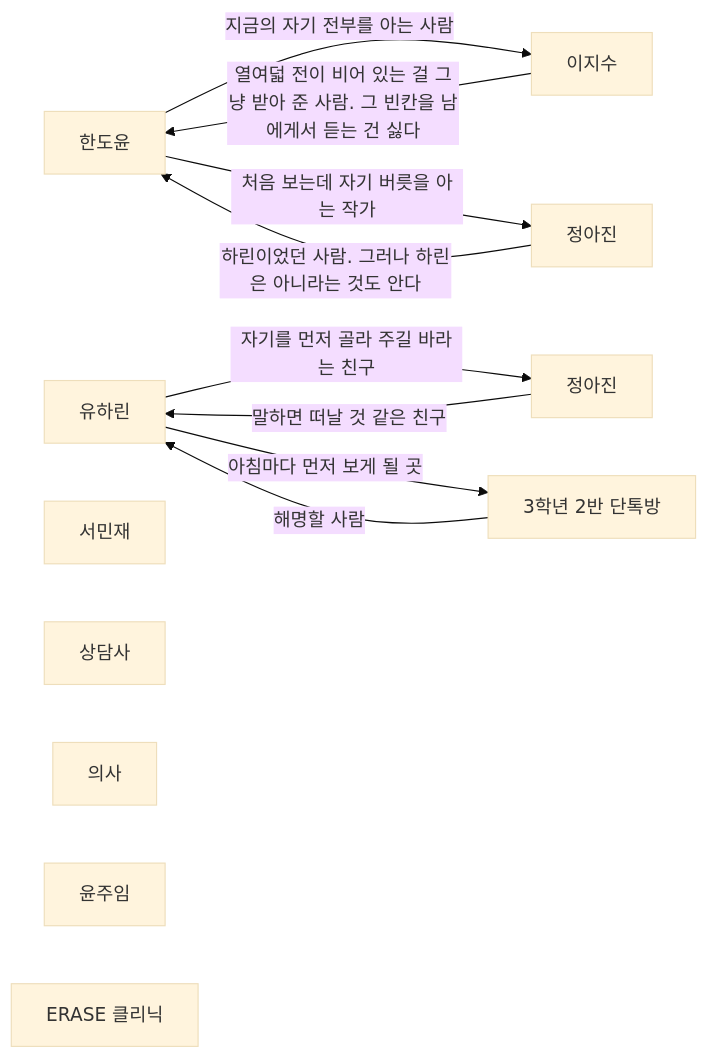
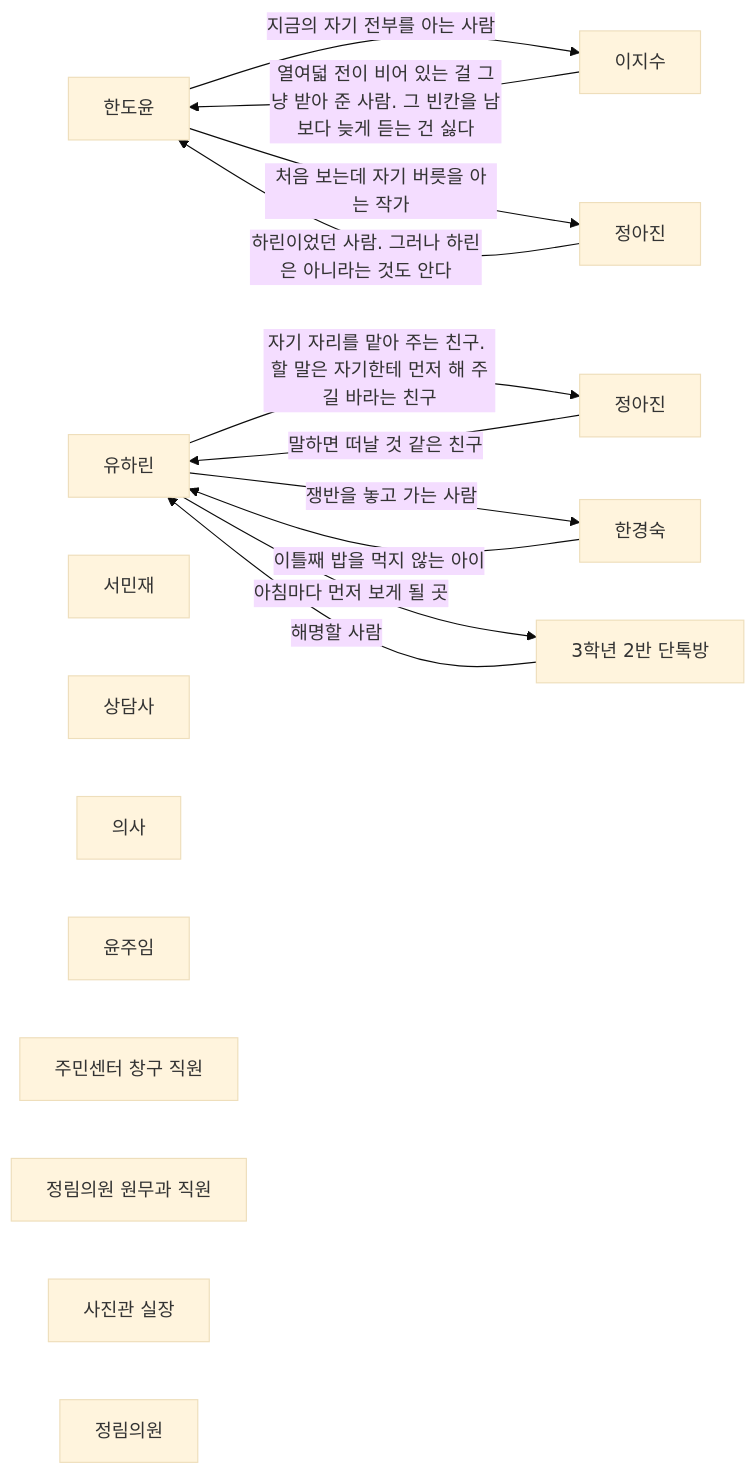
One commit to uiwwsw/yavn changed the third of 4 diagrams in docs/narrative/relationships.ko.md. Above: the diagram before and after it, drawn with Mermaid (base theme). The commit also changed other lines of this file and 97 other files, not shown here.

````diff
--- a/docs/narrative/relationships.ko.md
+++ b/docs/narrative/relationships.ko.md
@@ -101,22 +104,28 @@
 ```mermaid
 graph LR
   p0["한도윤"]
   p1["이지수"]
   p2["정아진"]
   p3["유하린"]
   p4["정아진"]
   p5["서민재"]
-  p6["3학년 2반 단톡방"]
-  p7["상담사"]
-  p8["의사"]
-  p9["윤주임"]
-  p10["ERASE 클리닉"]
+  p6["한경숙"]
+  p7["3학년 2반 단톡방"]
+  p8["상담사"]
+  p9["의사"]
+  p10["윤주임"]
+  p11["주민센터 창구 직원"]
+  p12["정림의원 원무과 직원"]
+  p13["사진관 실장"]
+  p14["정림의원"]
   p0 -->|"지금의 자기 전부를 아는 사람"| p1
-  p1 -->|"열여덟 전이 비어 있는 걸 그냥 받아 준 사람. 그 빈칸을 남에게서 듣는 건 싫다"| p0
+  p1 -->|"열여덟 전이 비어 있는 걸 그냥 받아 준 사람. 그 빈칸을 남보다 늦게 듣는 건 싫다"| p0
   p0 -->|"처음 보는데 자기 버릇을 아는 작가"| p2
   p2 -->|"하린이었던 사람. 그러나 하린은 아니라는 것도 안다"| p0
-  p3 -->|"자기를 먼저 골라 주길 바라는 친구"| p4
+  p3 -->|"자기 자리를 맡아 주는 친구. 할 말은 자기한테 먼저 해 주길 바라는 친구"| p4
   p4 -->|"말하면 떠날 것 같은 친구"| p3
-  p3 -->|"아침마다 먼저 보게 될 곳"| p6
-  p6 -->|"해명할 사람"| p3
+  p3 -->|"쟁반을 놓고 가는 사람"| p6
+  p6 -->|"이틀째 밥을 먹지 않는 아이"| p3
+  p3 -->|"아침마다 먼저 보게 될 곳"| p7
+  p7 -->|"해명할 사람"| p3
 ```
````
